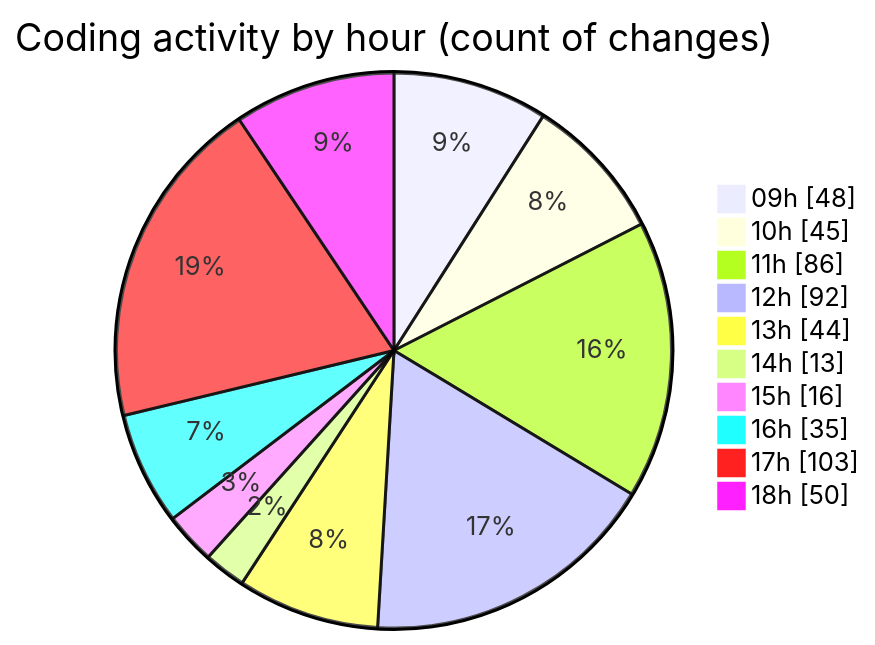
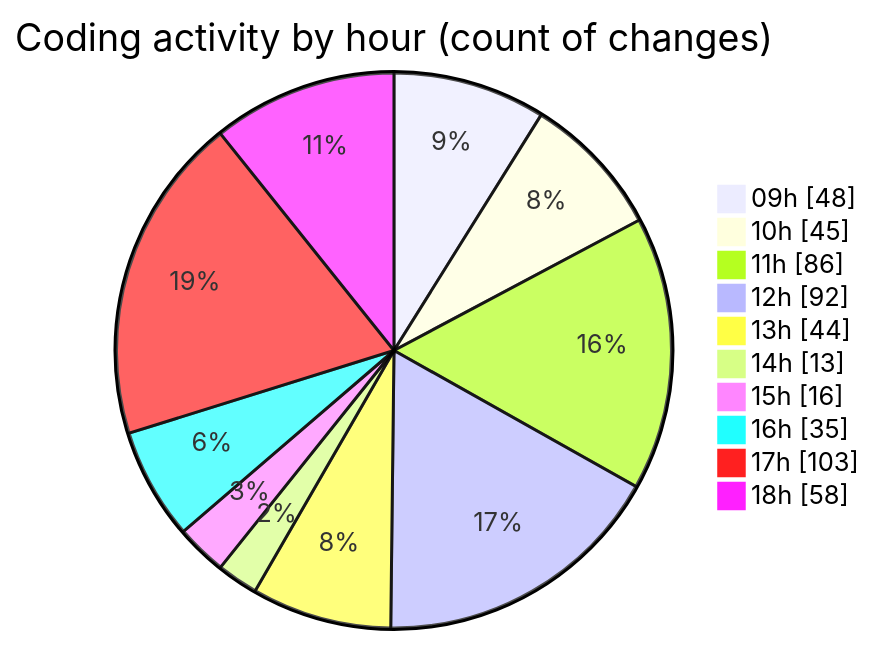
Before and after one commit to momahboobian/code-tracking: the second of 2 diagrams in 2025-03-14/cda/README.md, drawn with Mermaid. The commit also changed other lines of this file and 1 other file, not shown here.

````diff
--- a/2025-03-14/cda/README.md
+++ b/2025-03-14/cda/README.md
@@ -52,14 +52,14 @@
 ```mermaid
 pie showData
 title Coding activity by hour (count of changes)
 "09h" : 48
 "10h" : 45
 "11h" : 86
 "12h" : 92
 "13h" : 44
 "14h" : 13
 "15h" : 16
 "16h" : 35
 "17h" : 103
-"18h" : 50
+"18h" : 58
 ```
````
